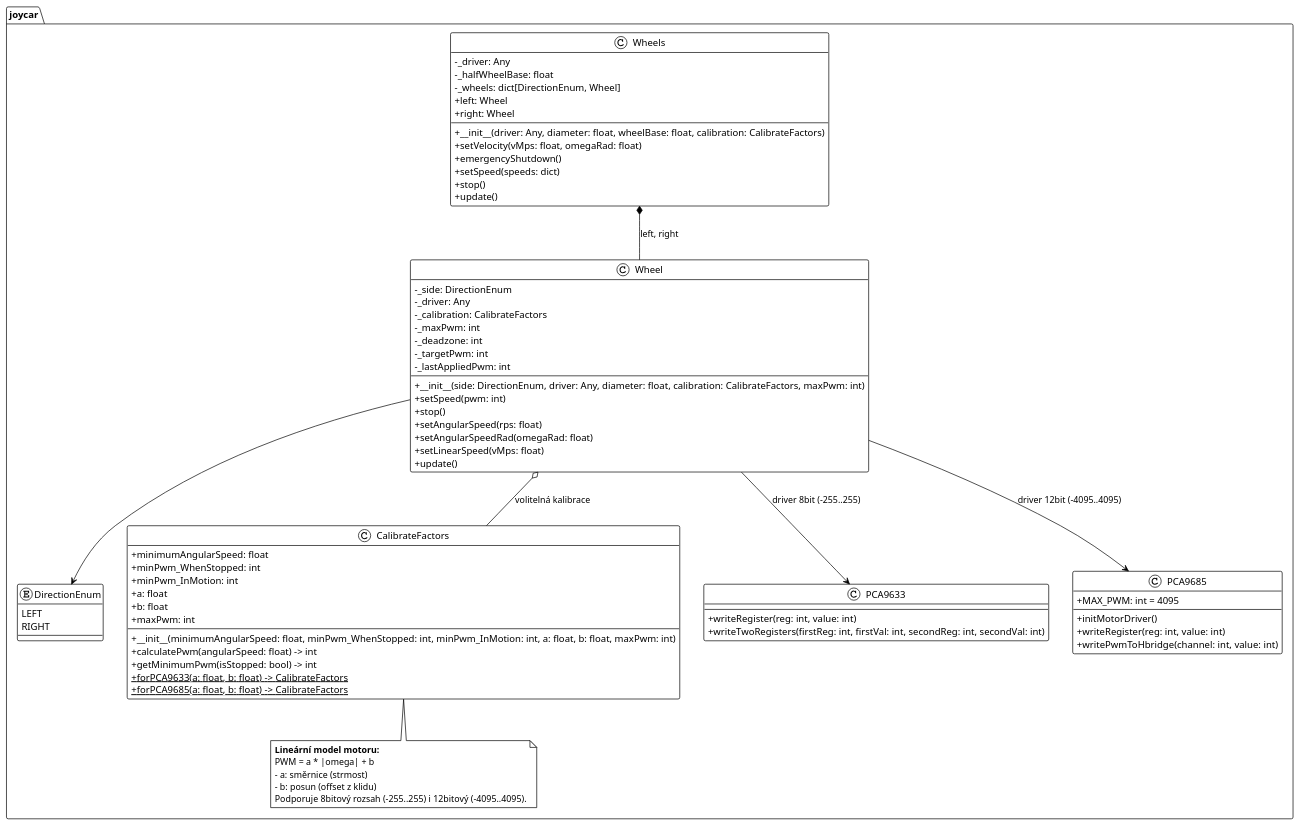
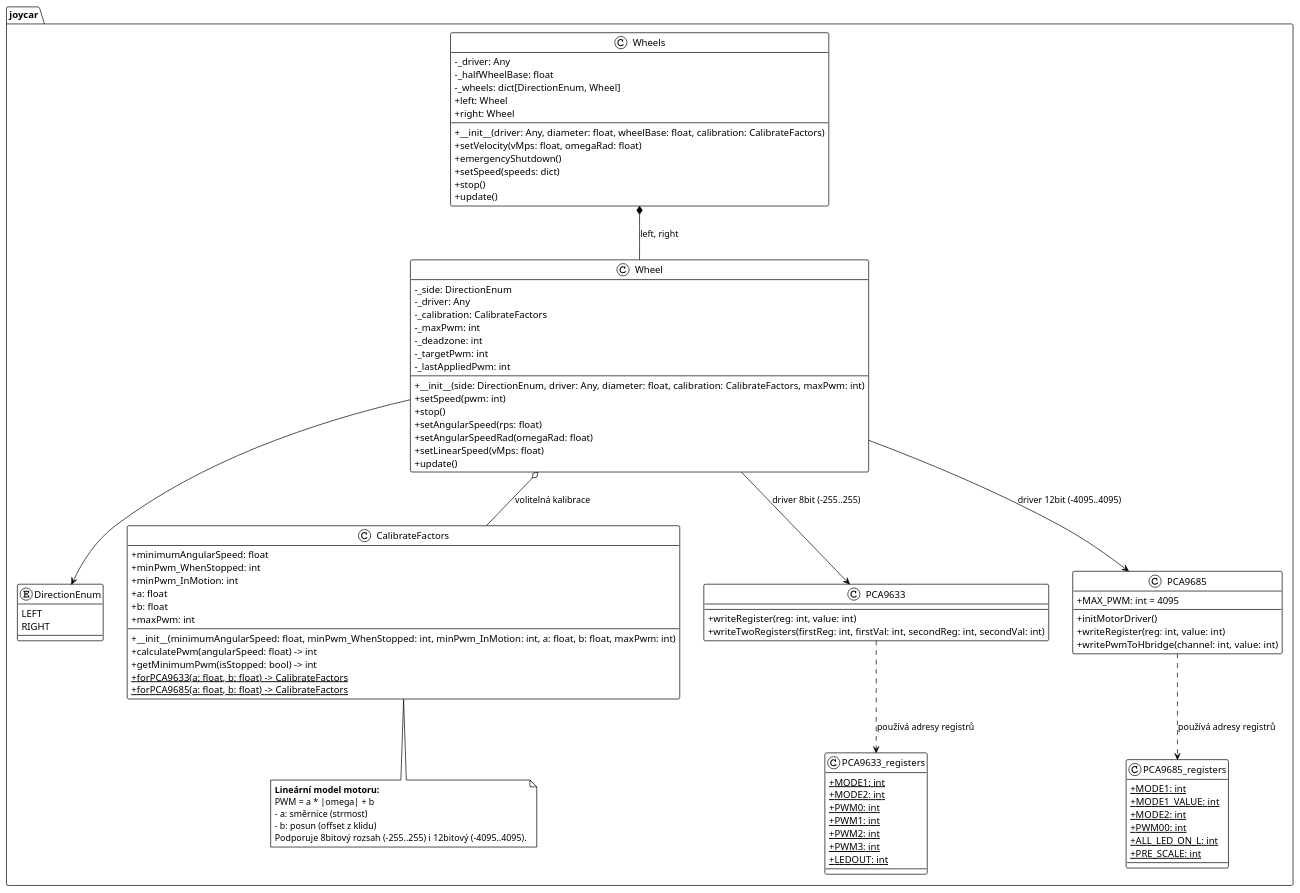
One commit to JanChaloupek/robot-programming3 changed the diagram in docs/diagrams/motion.puml. Above: the diagram before and after it, drawn with PlantUML. The commit also changed 3 other files, not shown here.

Commit message:
feat: separate PCA9685_registers class matching PCA9633 structure

```diff
--- a/docs/diagrams/motion.puml
+++ b/docs/diagrams/motion.puml
@@ -1,84 +1,106 @@
 @startuml motion
 !theme plain
 skinparam classAttributeIconSize 0
 
 namespace joycar {
 
     enum DirectionEnum {
         LEFT
         RIGHT
     }
 
     class CalibrateFactors {
         + minimumAngularSpeed: float
         + minPwm_WhenStopped: int
         + minPwm_InMotion: int
         + a: float
         + b: float
         + maxPwm: int
         + __init__(minimumAngularSpeed: float, minPwm_WhenStopped: int, minPwm_InMotion: int, a: float, b: float, maxPwm: int)
         + calculatePwm(angularSpeed: float) -> int
         + getMinimumPwm(isStopped: bool) -> int
         + {static} forPCA9633(a: float, b: float) -> CalibrateFactors
         + {static} forPCA9685(a: float, b: float) -> CalibrateFactors
     }
 
     note bottom of CalibrateFactors
         <b>Lineární model motoru:</b>
         PWM = a * |omega| + b
         - a: směrnice (strmost)
         - b: posun (offset z klidu)
         Podporuje 8bitový rozsah (-255..255) i 12bitový (-4095..4095).
     end note
 
     class Wheel {
         - _side: DirectionEnum
         - _driver: Any
         - _calibration: CalibrateFactors
         - _maxPwm: int
         - _deadzone: int
         - _targetPwm: int
         - _lastAppliedPwm: int
         + __init__(side: DirectionEnum, driver: Any, diameter: float, calibration: CalibrateFactors, maxPwm: int)
         + setSpeed(pwm: int)
         + stop()
         + setAngularSpeed(rps: float)
         + setAngularSpeedRad(omegaRad: float)
         + setLinearSpeed(vMps: float)
         + update()
     }
 
     class Wheels {
         - _driver: Any
         - _halfWheelBase: float
         - _wheels: dict[DirectionEnum, Wheel]
         + left: Wheel
         + right: Wheel
         + __init__(driver: Any, diameter: float, wheelBase: float, calibration: CalibrateFactors)
         + setVelocity(vMps: float, omegaRad: float)
         + emergencyShutdown()
         + setSpeed(speeds: dict)
         + stop()
         + update()
     }
 
+    class PCA9633_registers {
+        + {static} MODE1: int
+        + {static} MODE2: int
+        + {static} PWM0: int
+        + {static} PWM1: int
+        + {static} PWM2: int
+        + {static} PWM3: int
+        + {static} LEDOUT: int
+    }
+
     class PCA9633 {
         + writeRegister(reg: int, value: int)
         + writeTwoRegisters(firstReg: int, firstVal: int, secondReg: int, secondVal: int)
+    }
+
+    class PCA9685_registers {
+        + {static} MODE1: int
+        + {static} MODE1_VALUE: int
+        + {static} MODE2: int
+        + {static} PWM00: int
+        + {static} ALL_LED_ON_L: int
+        + {static} PRE_SCALE: int
     }
 
     class PCA9685 {
         + MAX_PWM: int = 4095
         + initMotorDriver()
         + writeRegister(reg: int, value: int)
         + writePwmToHbridge(channel: int, value: int)
     }
 
+    PCA9633 ..> PCA9633_registers : "používá adresy registrů"
+    PCA9685 ..> PCA9685_registers : "používá adresy registrů"
+
     Wheels *-- Wheel : "left, right"
     Wheel o-- CalibrateFactors : "volitelná kalibrace"
     Wheel --> PCA9633 : "driver 8bit (-255..255)"
     Wheel --> PCA9685 : "driver 12bit (-4095..4095)"
     Wheel --> DirectionEnum
 }
 
 @enduml
```
